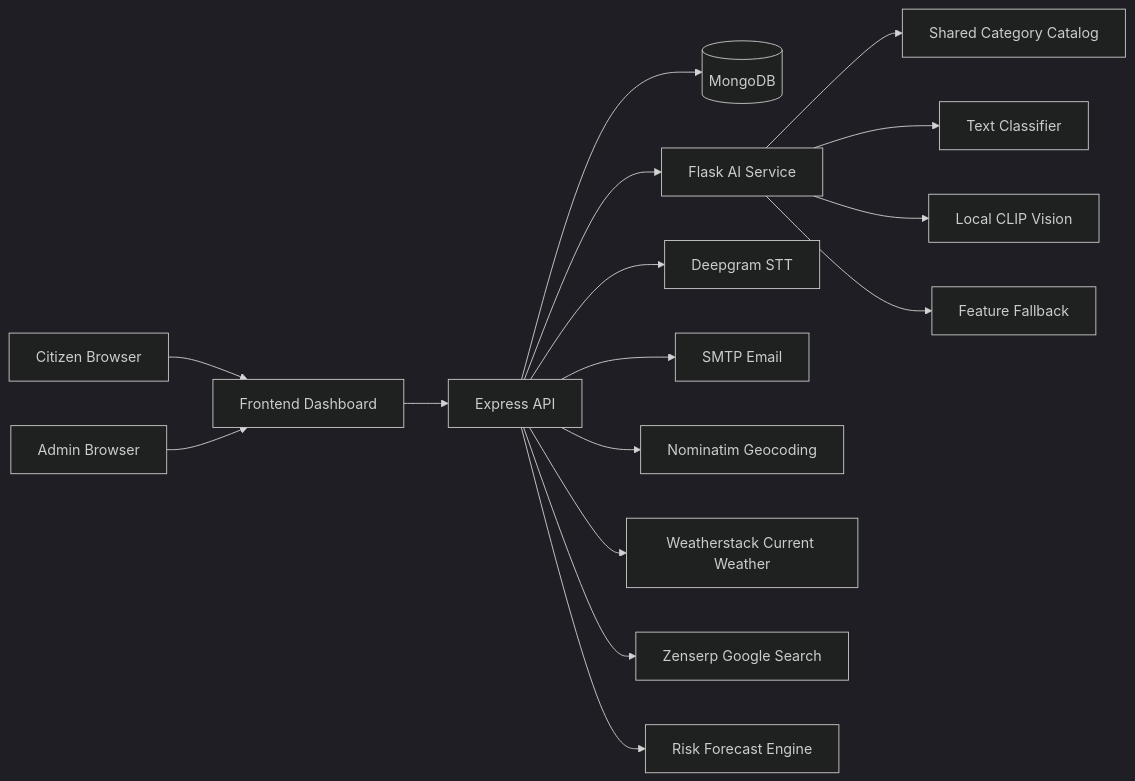
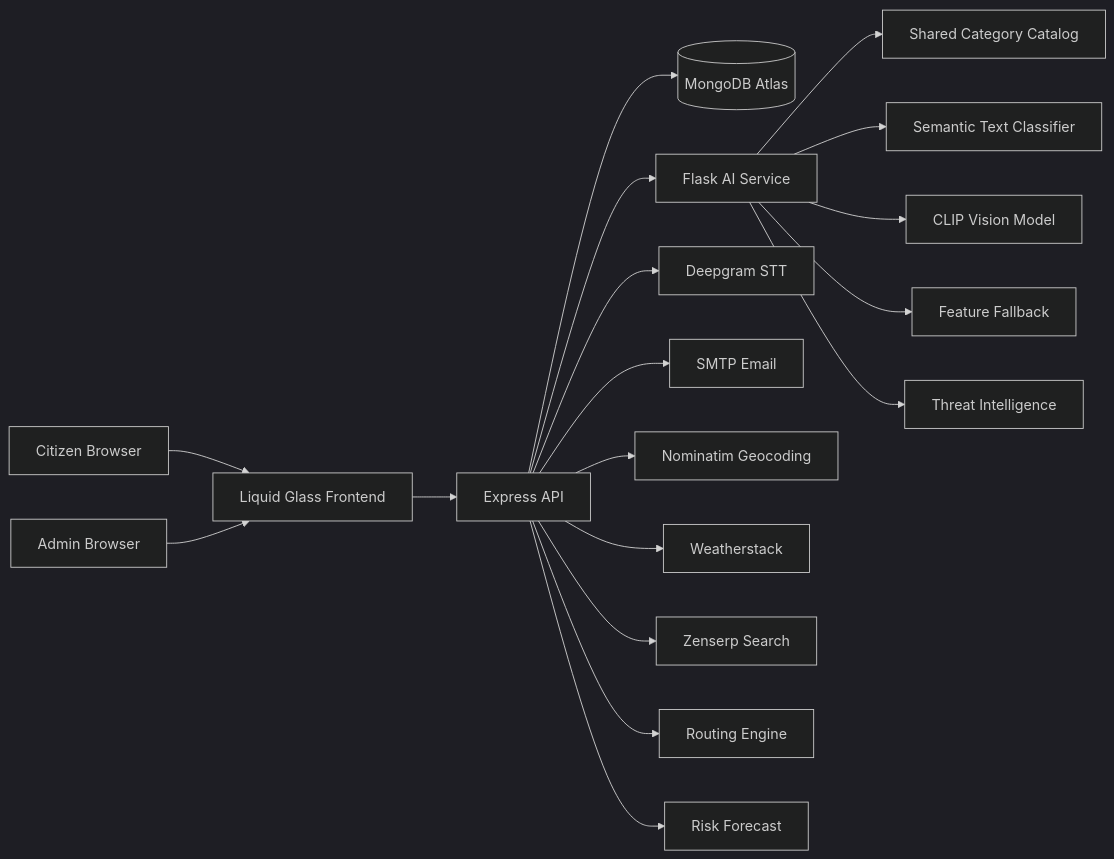
Before and after one commit to Shreyas0047/Urban-Pulse-Ai: the first of 2 diagrams in README.md, drawn with Mermaid (dark theme). The commit also changed other lines of this file and 20 other files, not shown here.

````diff
--- a/README.md
+++ b/README.md
@@ -37,18 +102,20 @@
 ```mermaid
 flowchart LR
-    Citizen[Citizen Browser] --> Frontend[Frontend Dashboard]
+    Citizen[Citizen Browser] --> Frontend[Liquid Glass Frontend]
     Admin[Admin Browser] --> Frontend
     Frontend --> Express[Express API]
-    Express --> Mongo[(MongoDB)]
+    Express --> Mongo[(MongoDB Atlas)]
     Express --> Flask[Flask AI Service]
     Flask --> Catalog[Shared Category Catalog]
-    Flask --> TextAI[Text Classifier]
-    Flask --> VisionAI[Local CLIP Vision]
+    Flask --> TextAI[Semantic Text Classifier]
+    Flask --> VisionAI[CLIP Vision Model]
     Flask --> VisionFallback[Feature Fallback]
+    Flask --> ThreatAI[Threat Intelligence]
     Express --> Deepgram[Deepgram STT]
     Express --> SMTP[SMTP Email]
     Express --> Geo[Nominatim Geocoding]
-    Express --> Weather[Weatherstack Current Weather]
-    Express --> Zenserp[Zenserp Google Search]
-    Express --> Risk[Risk Forecast Engine]
+    Express --> Weather[Weatherstack]
+    Express --> Zenserp[Zenserp Search]
+    Express --> Routing[Routing Engine]
+    Express --> Risk[Risk Forecast]
 ```
````
